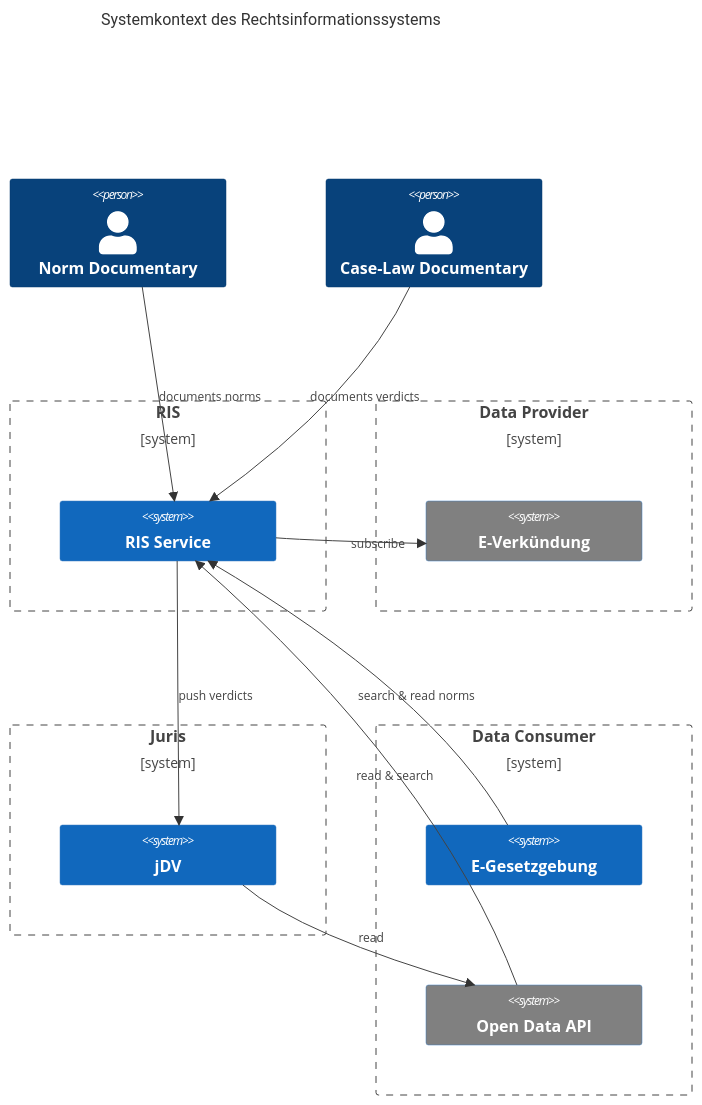
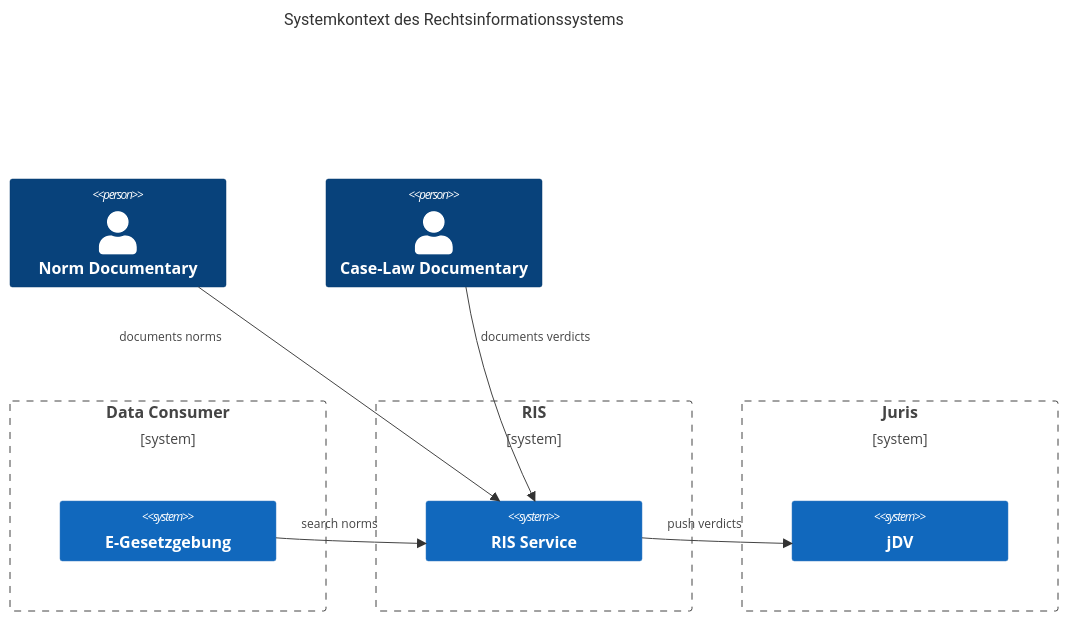
Before and after one commit to digitalservicebund/ris-backend-service: the diagram in doc/c4 models/system context.md, drawn with Mermaid.

Commit message:
Doc: clean up system context diagram
Strip out not yet existing parts and position relationship annotations
better. It is quite hard at the moment to get full control of the
styling/formatting of the diagram. Making it smaller helped a lot right
now.

````diff
--- a/doc/c4 models/system context.md
+++ b/doc/c4 models/system context.md
@@ -3,35 +3,34 @@
 ```mermaid
 C4Context
-title Systemkontext des Rechtsinformationssystems
+    title Systemkontext des Rechtsinformationssystems
 
-      Person(person_norms_documentary, "Norm Documentary")
-      Person(person_caselaw_documentary, "Case-Law Documentary")
+    Person(person_norms_documentary, "Norm Documentary")
+    Person(person_caselaw_documentary, "Case-Law Documentary")
 
-      Boundary(boundary_ris, "RIS") {
+
+
+    Boundary(boundary_data_consumer, "Data Consumer") {
+        System(system_e_gesetzgebung, "E-Gesetzgebung")
+    }
+
+    Boundary(boundary_ris, "RIS") {
         System(system_ris_service, "RIS Service")
-      }
+    }
 
-      Boundary(boundary_data_provider, "Data Provider") {
-        System(system_e_verkuendung, "E-Verkündung")
-      }
+    Boundary(boundary_juris, "Juris") {
+        System(system_jdv, "jDV")
+    }
 
-      Boundary(boundary_juris, "Juris") {
-        System(system_jdv, "jDV")
-      }
-
-      Boundary(boundary_data_consumer, "Data Consumer") {
-        System(system_e_gesetzgebung, "E-Gesetzgebung")
-        System(system_open_data_api, "Open Data API")
-      }
 
     Rel(person_norms_documentary, system_ris_service, "documents norms")
     Rel(person_caselaw_documentary, system_ris_service, "documents verdicts")
     Rel(system_ris_service, system_jdv, "push verdicts")
-    Rel(system_ris_service, system_e_verkuendung, "subscribe")
-    Rel(system_e_gesetzgebung, system_ris_service, "search & read norms")
-    Rel(system_open_data_api, system_ris_service, "read & search")
-    Rel(system_jdv, system_open_data_api, "read")
+    Rel(system_e_gesetzgebung, system_ris_service, "search norms")
 
-    UpdateElementStyle(system_e_verkuendung, $bgColor="grey")
-    UpdateElementStyle(system_open_data_api, $bgColor="grey")
+    UpdateRelStyle(person_norms_documentary, system_ris_service, $offsetY="-60", $offsetX="-230")
+    UpdateRelStyle(person_caselaw_documentary, system_ris_service, $offsetY="-60", $offsetX="-20")
+    UpdateRelStyle(system_ris_service, system_jdv, $offsetY="-20", $offsetX="-50")
+    UpdateRelStyle(system_e_gesetzgebung, system_ris_service, $offsetY="-20", $offsetX="-50")
+
+    UpdateLayoutConfig($c4ShapeInRow="3", $c4BoundaryInRow="3")
 ```
````
